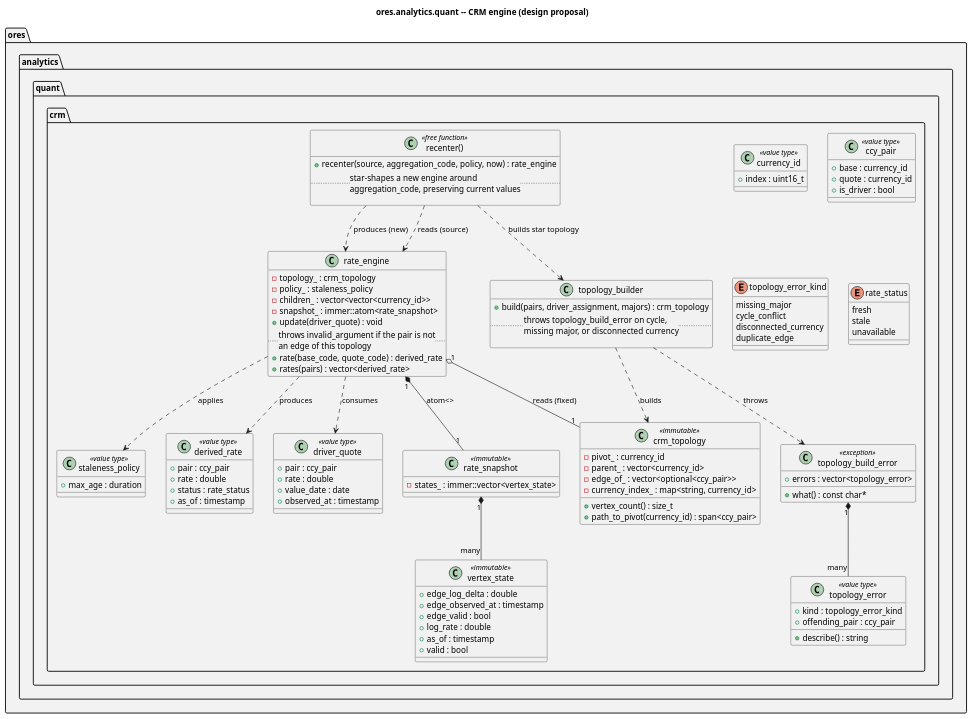
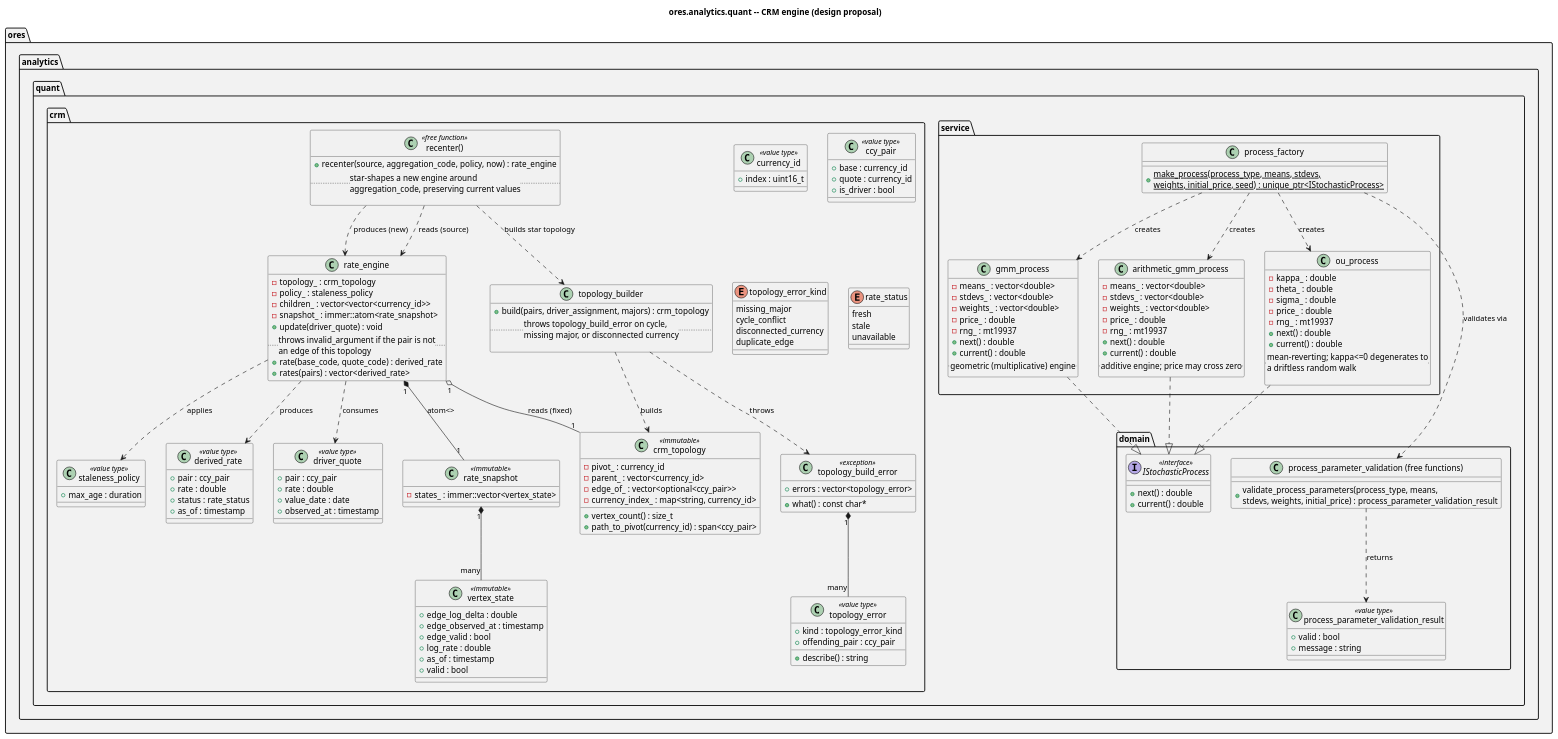
Before and after one commit to OreStudio/OreStudio: the diagram in projects/ores.analytics.quant/modeling/ores.analytics.quant.puml, drawn with PlantUML. The commit also changed 2 other files, not shown here.

Commit message:
[analytics.quant] Document the moved stochastic process types
Updates component_overview.org (Summary, Inputs, Outputs, Entry points,
Dependencies, See also) and the PlantUML diagram to cover
IStochasticProcess, gmm_process, arithmetic_gmm_process, ou_process,
process_factory, and process_parameter_validation -- the units moved
from ores.synthetic across the previous three commits. Diagram
regenerated via generate_ores.analytics.quant_diagram.

Task-ID: 15414794-8A04-46FC-8926-609C72A0DD0A
Story-ID: CEB88862-4602-4D02-871F-EB8099DCE1B3

```diff
--- a/projects/ores.analytics.quant/modeling/ores.analytics.quant.puml
+++ b/projects/ores.analytics.quant/modeling/ores.analytics.quant.puml
@@ -18,124 +18,191 @@
 @startuml
 
 title ores.analytics.quant -- CRM engine (design proposal)
 
 set namespaceSeparator ::
 
 namespace ores #F2F2F2 {
     namespace analytics #F2F2F2 {
         namespace quant #F2F2F2 {
+            namespace domain #F2F2F2 {
+
+                interface IStochasticProcess <<interface>> {
+                    +next() : double
+                    +current() : double
+                }
+
+                class process_parameter_validation_result <<value type>> {
+                    +valid : bool
+                    +message : string
+                }
+
+                class "process_parameter_validation (free functions)" as process_parameter_validation {
+                    +validate_process_parameters(process_type, means,\nstdevs, weights, initial_price) : process_parameter_validation_result
+                }
+
+                process_parameter_validation ..> process_parameter_validation_result : returns
+            }
+
+            namespace service #F2F2F2 {
+
+                class gmm_process {
+                    -means_ : vector<double>
+                    -stdevs_ : vector<double>
+                    -weights_ : vector<double>
+                    -price_ : double
+                    -rng_ : mt19937
+                    +next() : double
+                    +current() : double
+                    .. geometric (multiplicative) engine ..
+                }
+
+                class arithmetic_gmm_process {
+                    -means_ : vector<double>
+                    -stdevs_ : vector<double>
+                    -weights_ : vector<double>
+                    -price_ : double
+                    -rng_ : mt19937
+                    +next() : double
+                    +current() : double
+                    .. additive engine; price may cross zero ..
+                }
+
+                class ou_process {
+                    -kappa_ : double
+                    -theta_ : double
+                    -sigma_ : double
+                    -price_ : double
+                    -rng_ : mt19937
+                    +next() : double
+                    +current() : double
+                    .. mean-reverting; kappa<=0 degenerates to\na driftless random walk ..
+                }
+
+                class process_factory {
+                    +{static} make_process(process_type, means, stdevs,\nweights, initial_price, seed) : unique_ptr<IStochasticProcess>
+                }
+
+                gmm_process ..|> ores::analytics::quant::domain::IStochasticProcess
+                arithmetic_gmm_process ..|> ores::analytics::quant::domain::IStochasticProcess
+                ou_process ..|> ores::analytics::quant::domain::IStochasticProcess
+                process_factory ..> gmm_process : creates
+                process_factory ..> arithmetic_gmm_process : creates
+                process_factory ..> ou_process : creates
+                process_factory ..> ores::analytics::quant::domain::process_parameter_validation : validates via
+            }
+
             namespace crm #F2F2F2 {
 
                 class currency_id <<value type>> {
                     +index : uint16_t
                 }
 
                 class ccy_pair <<value type>> {
                     +base : currency_id
                     +quote : currency_id
                     +is_driver : bool
                 }
 
                 class driver_quote <<value type>> {
                     +pair : ccy_pair
                     +rate : double
                     +value_date : date
                     +observed_at : timestamp
                 }
 
                 enum topology_error_kind {
                     missing_major
                     cycle_conflict
                     disconnected_currency
                     duplicate_edge
                 }
 
                 class topology_error <<value type>> {
                     +kind : topology_error_kind
                     +offending_pair : ccy_pair
                     +describe() : string
                 }
 
                 class topology_build_error <<exception>> {
                     +errors : vector<topology_error>
                     +what() : const char*
                 }
 
                 class crm_topology <<immutable>> {
                     -pivot_ : currency_id
                     -parent_ : vector<currency_id>
                     -edge_of_ : vector<optional<ccy_pair>>
                     -currency_index_ : map<string, currency_id>
                     +vertex_count() : size_t
                     +path_to_pivot(currency_id) : span<ccy_pair>
                 }
 
                 class topology_builder {
                     +build(pairs, driver_assignment, majors) : crm_topology
                     .. throws topology_build_error on cycle,\nmissing major, or disconnected currency ..
                 }
 
                 enum rate_status {
                     fresh
                     stale
                     unavailable
                 }
 
                 class vertex_state <<immutable>> {
                     +edge_log_delta : double
                     +edge_observed_at : timestamp
                     +edge_valid : bool
                     +log_rate : double
                     +as_of : timestamp
                     +valid : bool
                 }
 
                 class rate_snapshot <<immutable>> {
                     -states_ : immer::vector<vertex_state>
                 }
 
                 class staleness_policy <<value type>> {
                     +max_age : duration
                 }
 
                 class derived_rate <<value type>> {
                     +pair : ccy_pair
                     +rate : double
                     +status : rate_status
                     +as_of : timestamp
                 }
 
                 class rate_engine {
                     -topology_ : crm_topology
                     -policy_ : staleness_policy
                     -children_ : vector<vector<currency_id>>
                     -snapshot_ : immer::atom<rate_snapshot>
                     +update(driver_quote) : void
                     .. throws invalid_argument if the pair is not\nan edge of this topology ..
                     +rate(base_code, quote_code) : derived_rate
                     +rates(pairs) : vector<derived_rate>
                 }
 
                 topology_builder ..> crm_topology : builds
                 topology_builder ..> topology_build_error : throws
                 topology_build_error "1" *-- "many" topology_error
                 rate_engine "1" o-- "1" crm_topology : reads (fixed)
                 rate_engine "1" *-- "1" rate_snapshot : atom<>
                 rate_snapshot "1" *-- "many" vertex_state
                 rate_engine ..> driver_quote : consumes
                 rate_engine ..> derived_rate : produces
                 rate_engine ..> staleness_policy : applies
 
                 class "recenter()" as recenter_fn <<free function>> {
                     +recenter(source, aggregation_code, policy, now) : rate_engine
                     .. star-shapes a new engine around\naggregation_code, preserving current values ..
                 }
                 recenter_fn ..> rate_engine : reads (source)
                 recenter_fn ..> topology_builder : builds star topology
                 recenter_fn ..> rate_engine : produces (new)
             }
         }
     }
 }
 
 @enduml
```
